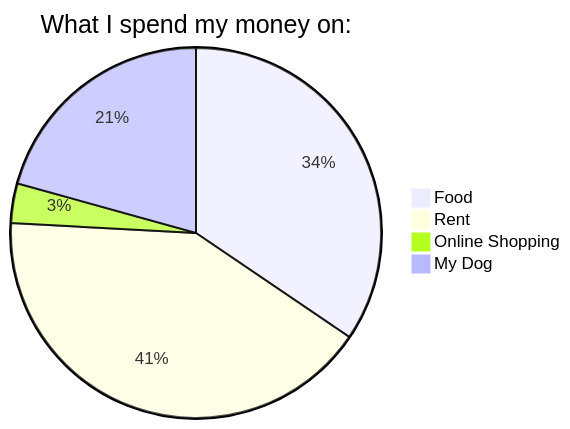
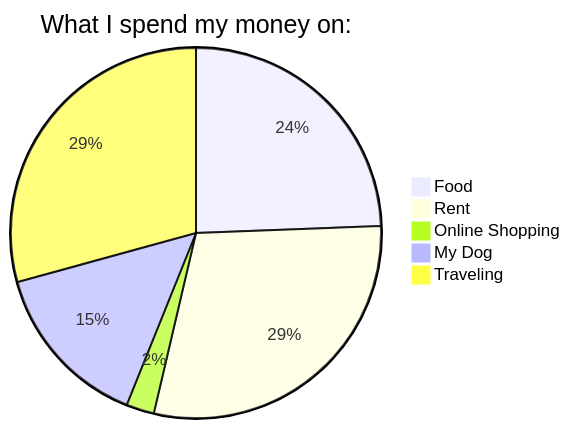
One commit to WildCodeSchool/2023-01-EN-Berlin-Remote2-Markdown changed the second of 2 diagrams in lisa-roehrig.md. Above: the diagram before and after it, drawn with Mermaid. The commit also changed other lines of this file, not shown here.

Commit message:
Adding Diagrams

````diff
--- a/lisa-roehrig.md
+++ b/lisa-roehrig.md
@@ -28,7 +43,8 @@
 ```mermaid
 pie title What I spend my money on:
     "Food" : 500
     "Rent" : 600
     "Online Shopping" : 50
     "My Dog" : 300
+    "Traveling" : 600
  ```
````
